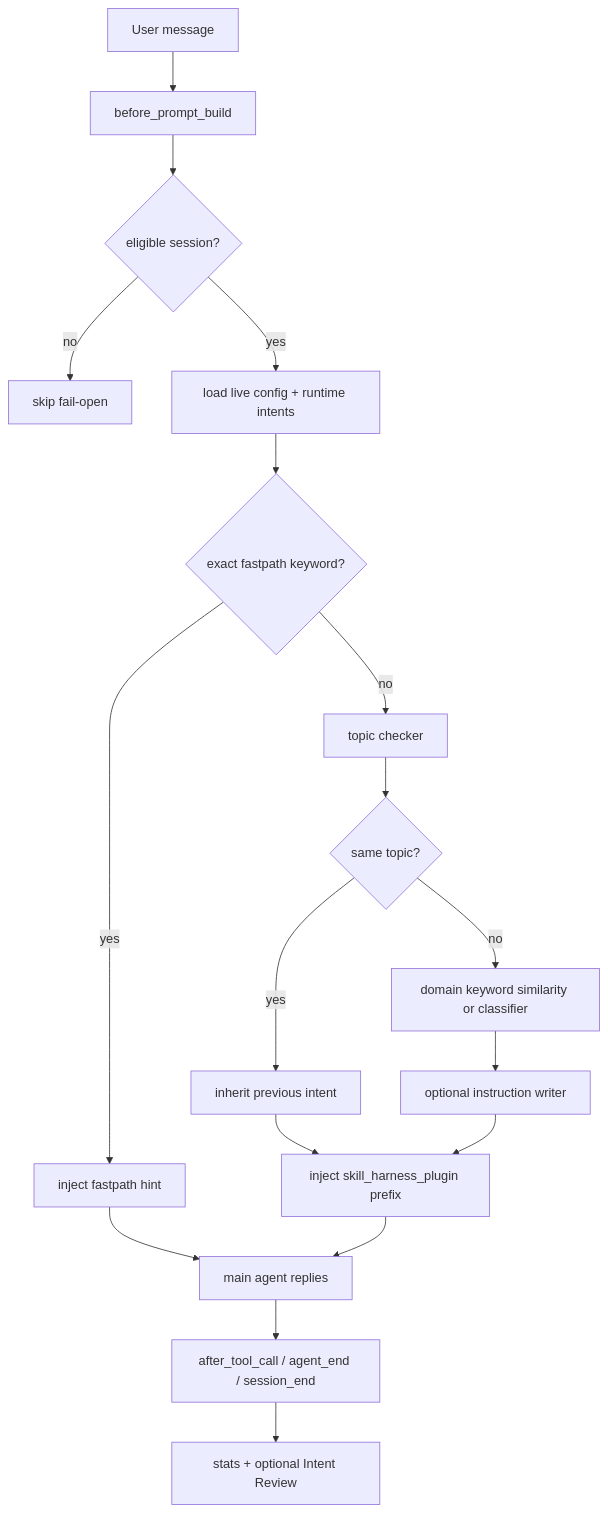
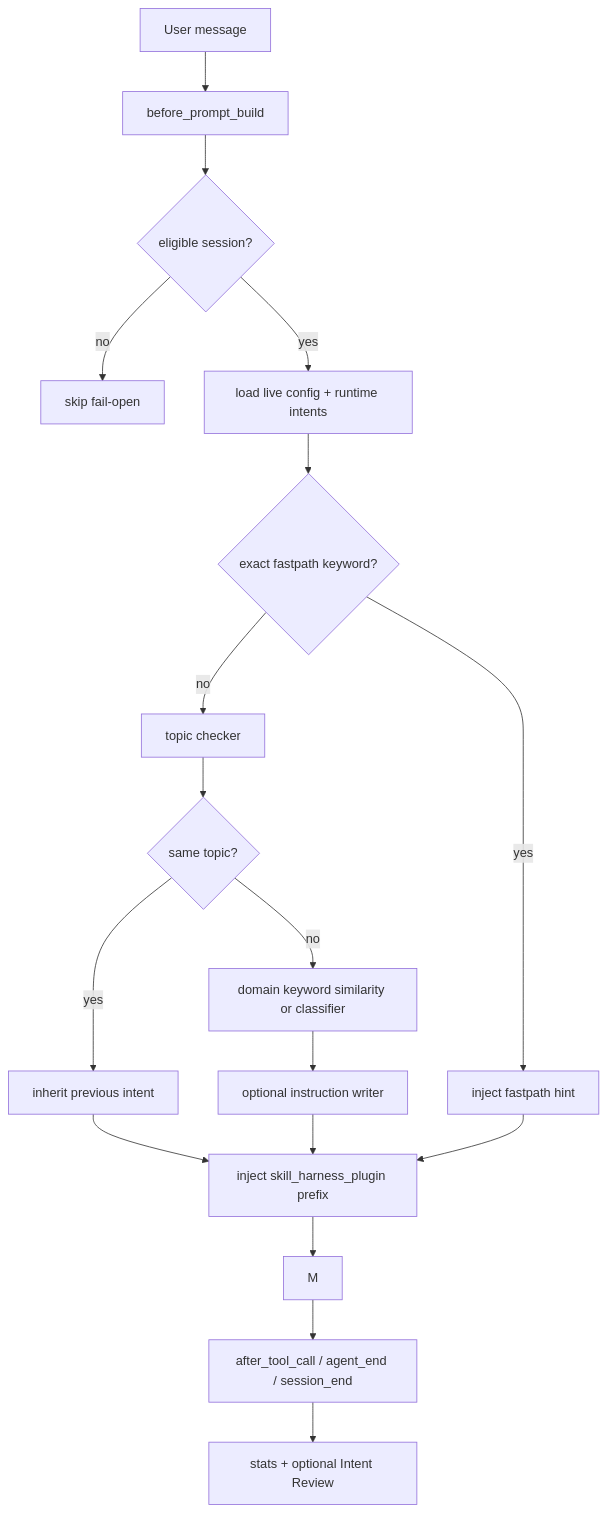
The diagram in README.md (ani6439walc/openclaw-plugin-skill-harness), drawn with Mermaid before and after one commit. The commit also changed other lines of this file and 13 other files, not shown here.

````diff
--- a/README.md
+++ b/README.md
@@ -49,20 +49,20 @@
 ```mermaid
 graph TD
   A[User message] --> B[before_prompt_build]
   B --> C{eligible session?}
   C -->|no| Z[skip fail-open]
   C -->|yes| D[load live config + runtime intents]
   D --> E{exact fastpath keyword?}
   E -->|yes| F[inject fastpath hint]
   E -->|no| G[topic checker]
   G --> H{same topic?}
   H -->|yes| I[inherit previous intent]
   H -->|no| J[domain keyword similarity or classifier]
   J --> K[optional instruction writer]
   I --> L[inject skill_harness_plugin prefix]
   K --> L
-  F --> M[main agent replies]
+  F --> L
   L --> M
   M --> N[after_tool_call / agent_end / session_end]
   N --> O[stats + optional Intent Review]
 ```
````
